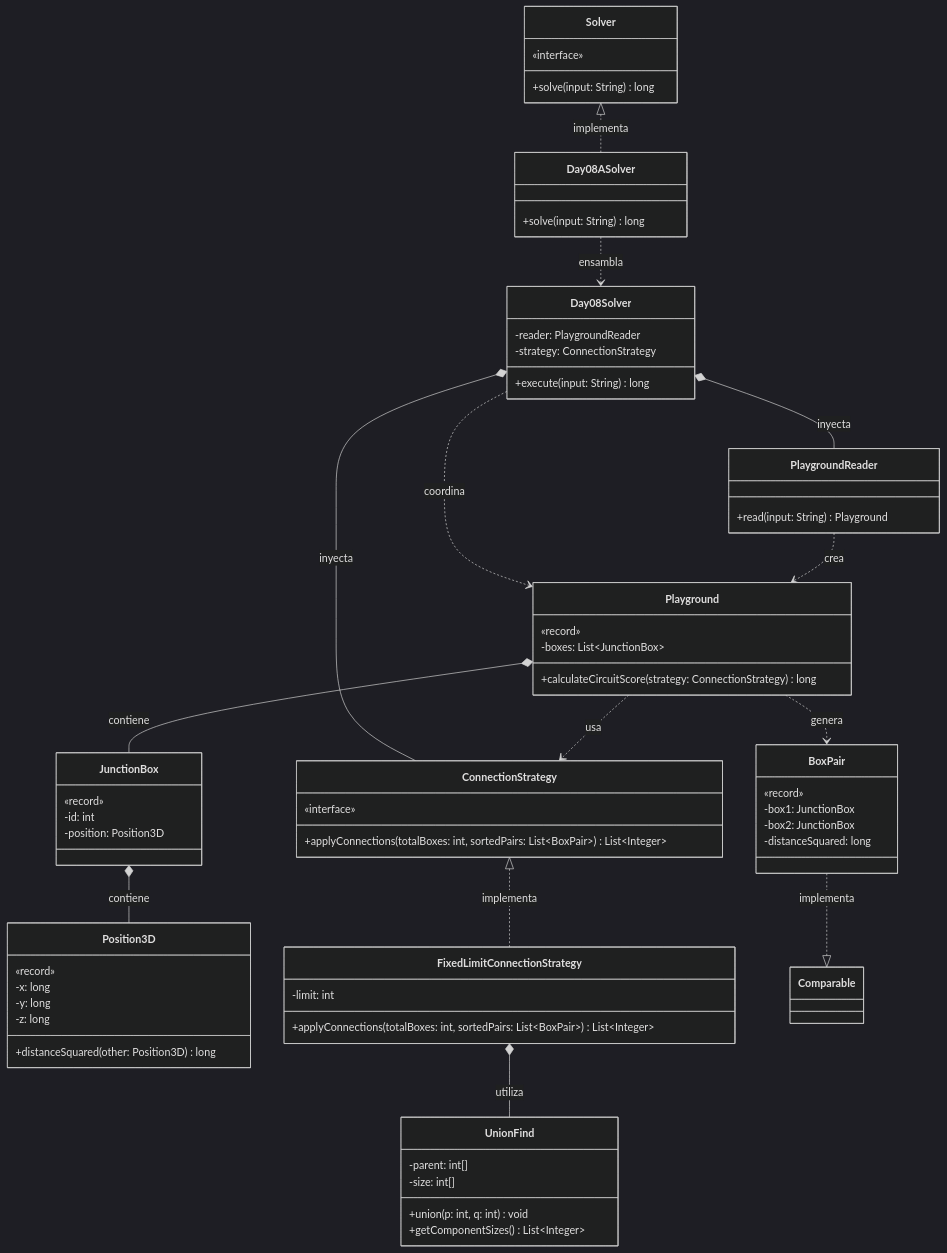
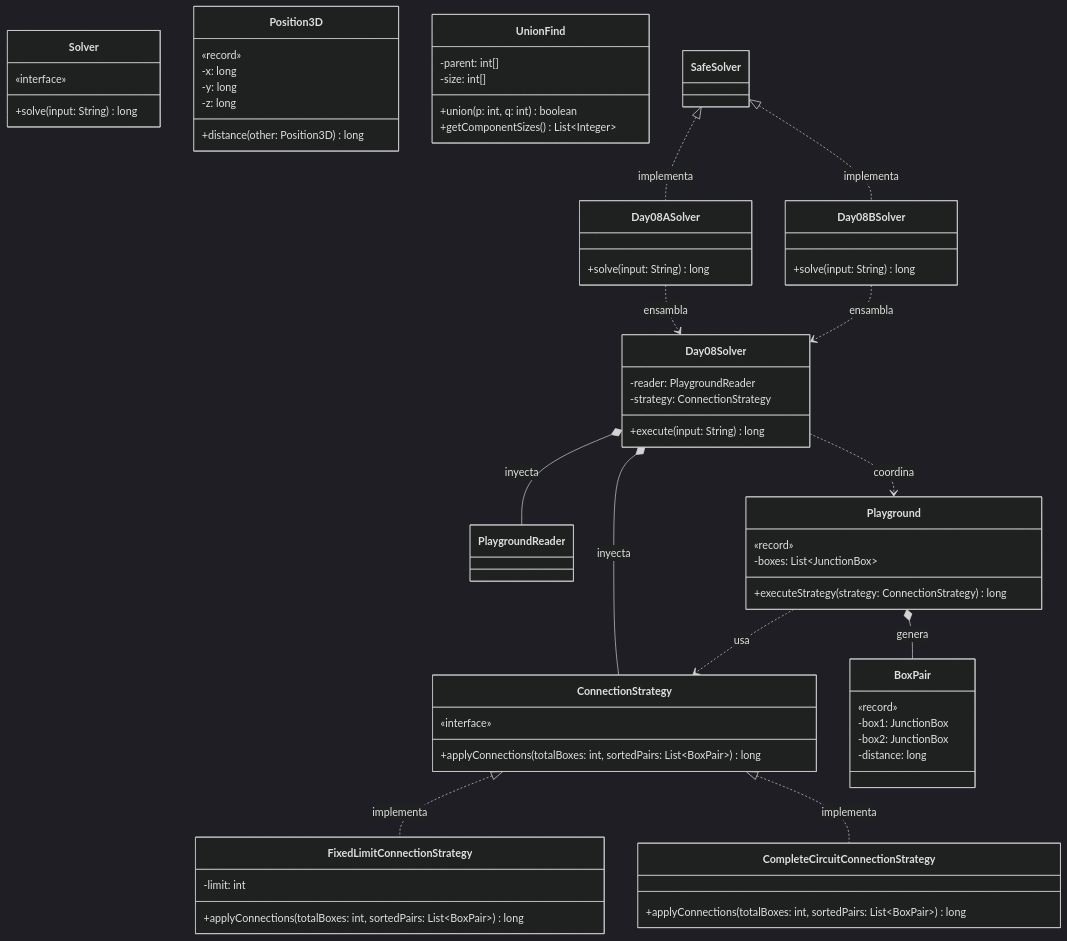
The diagram in src/main/java/software/aoc/day08/README.md (ivanperezdiaz829/AoC2025), drawn with Mermaid (dark theme) before and after one commit. The commit also changed 1 other file, not shown here.

Commit message:
Day08 README changed

````diff
--- a/src/main/java/software/aoc/day08/README.md
+++ b/src/main/java/software/aoc/day08/README.md
@@ -42,6 +42,10 @@
   }
 
   class Day08ASolver {
+    +solve(input: String) long
+  }
+
+  class Day08BSolver {
     +solve(input: String) long
   }
 
@@ -54,7 +58,7 @@
   class Playground {
     «record»
     -boxes: List~JunctionBox~
-    +calculateCircuitScore(strategy: ConnectionStrategy) long
+    +executeStrategy(strategy: ConnectionStrategy) long
   }
 
   class Position3D {
@@ -62,59 +66,51 @@
     -x: long
     -y: long
     -z: long
-    +distanceSquared(other: Position3D) long
+    +distance(other: Position3D) long
   }
 
-  class JunctionBox {
-    «record»
-    -id: int
-    -position: Position3D
-  }
-  
   class BoxPair {
     «record»
     -box1: JunctionBox
     -box2: JunctionBox
-    -distanceSquared: long
+    -distance: long
   }
 
   class ConnectionStrategy {
     «interface»
-    +applyConnections(totalBoxes: int, sortedPairs: List~BoxPair~) List~Integer~
+    +applyConnections(totalBoxes: int, sortedPairs: List~BoxPair~) long
   }
 
   class FixedLimitConnectionStrategy {
     -limit: int
-    +applyConnections(totalBoxes: int, sortedPairs: List~BoxPair~) List~Integer~
+    +applyConnections(totalBoxes: int, sortedPairs: List~BoxPair~) long
   }
-  
+
+  class CompleteCircuitConnectionStrategy {
+    +applyConnections(totalBoxes: int, sortedPairs: List~BoxPair~) long
+  }
+
   class UnionFind {
     -parent: int[]
     -size: int[]
-    +union(p: int, q: int) void
+    +union(p: int, q: int) boolean
     +getComponentSizes() List~Integer~
   }
 
-  class PlaygroundReader {
-    +read(input: String) Playground
-  }
-
 %% Relaciones de Implementación
-  Solver <|.. Day08ASolver : implementa
+  SafeSolver <|.. Day08ASolver : implementa
+  SafeSolver <|.. Day08BSolver : implementa
   ConnectionStrategy <|.. FixedLimitConnectionStrategy : implementa
-  BoxPair ..|> Comparable : implementa
+  ConnectionStrategy <|.. CompleteCircuitConnectionStrategy : implementa
 
 %% Relaciones de Ensamblaje e Inyección
   Day08ASolver ..> Day08Solver : ensambla
+  Day08BSolver ..> Day08Solver : ensambla
   Day08Solver *-- PlaygroundReader : inyecta
   Day08Solver *-- ConnectionStrategy : inyecta
 
 %% Relaciones de Dominio
   Day08Solver ..> Playground : coordina
   Playground ..> ConnectionStrategy : usa
-  Playground *-- JunctionBox : contiene
-  Playground ..> BoxPair : genera
-  JunctionBox *-- Position3D : contiene
-  FixedLimitConnectionStrategy *-- UnionFind : utiliza
-  PlaygroundReader ..> Playground : crea
+  Playground *-- BoxPair : genera
 ```
````
